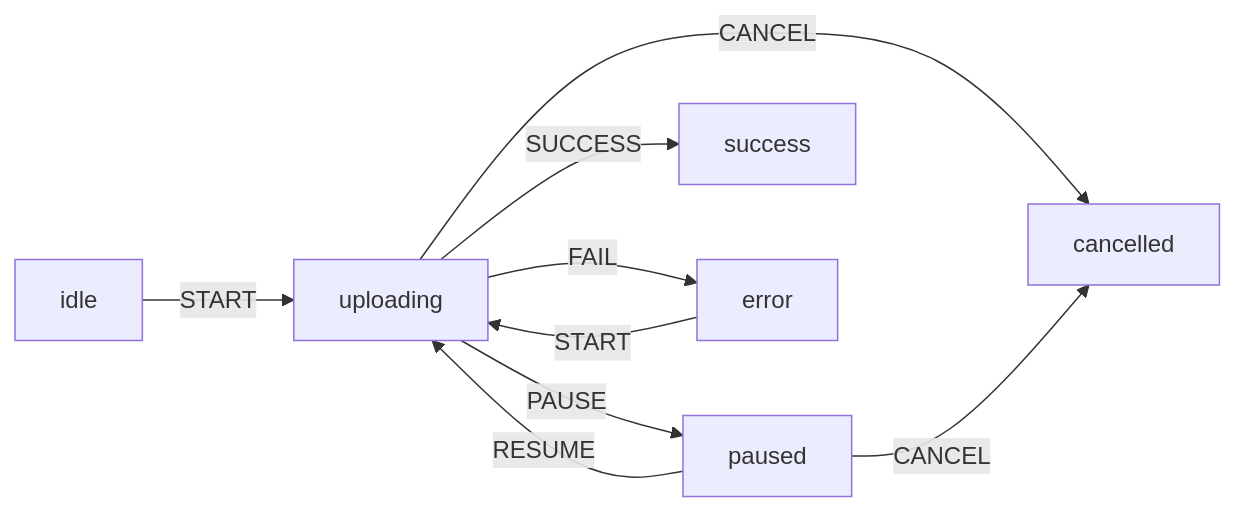
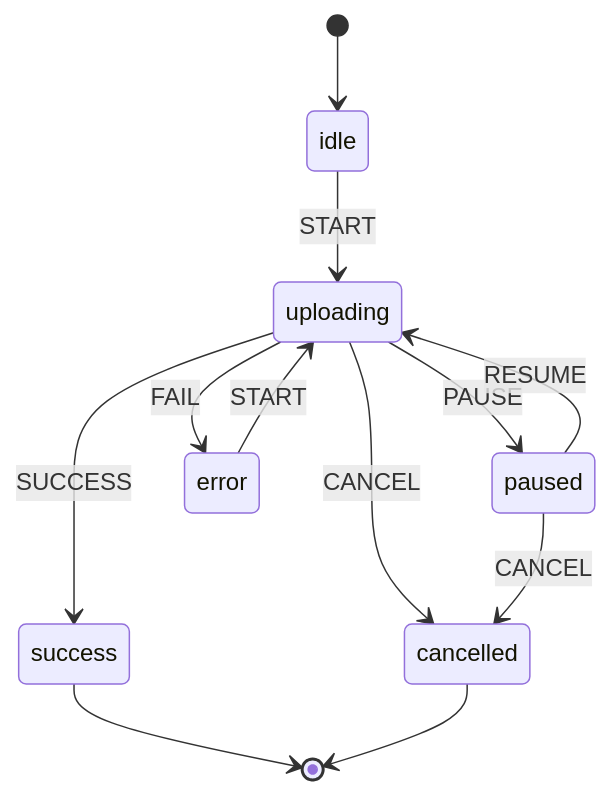
The second of 2 diagrams in src/content/logic/state-machines/L2-concept.mdx (francoandreDev/knowledge), drawn with Mermaid before and after one commit. The commit also changed other lines of this file and 3 other files, not shown here.

````diff
--- a/src/content/logic/state-machines/L2-concept.mdx
+++ b/src/content/logic/state-machines/L2-concept.mdx
@@ -88,11 +93,14 @@
 ```mermaid
-flowchart LR
-    idle -->|START| uploading
-    uploading -->|PAUSE| paused
-    paused -->|RESUME| uploading
-    uploading -->|SUCCESS| success
-    uploading -->|FAIL| error
-    error -->|START| uploading
-    uploading -->|CANCEL| cancelled
-    paused -->|CANCEL| cancelled
+stateDiagram-v2
+    [*] --> idle
+    idle --> uploading: START
+    uploading --> paused: PAUSE
+    paused --> uploading: RESUME
+    uploading --> success: SUCCESS
+    uploading --> error: FAIL
+    error --> uploading: START
+    uploading --> cancelled: CANCEL
+    paused --> cancelled: CANCEL
+    success --> [*]
+    cancelled --> [*]
 ```
````
